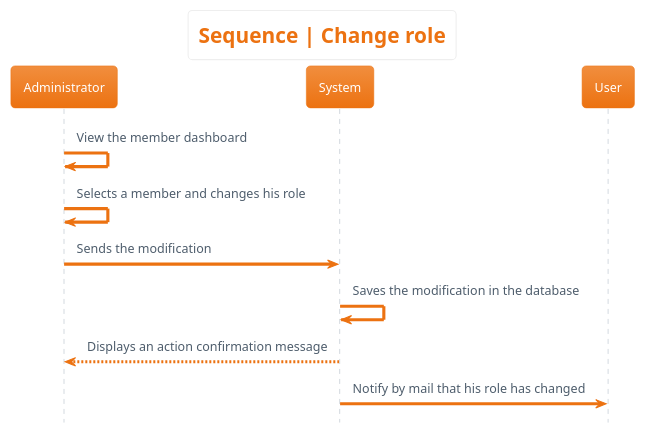
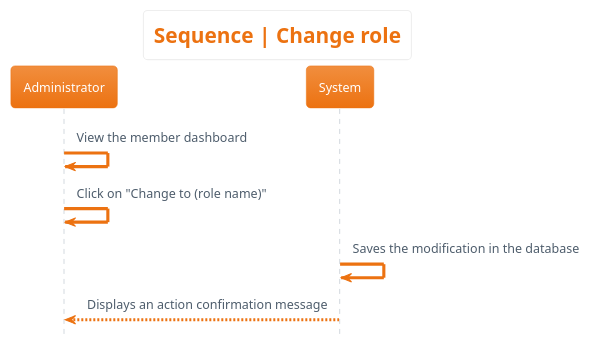
Before and after one commit to sebastien-d-me/SebBlog: the diagram in 1_project_design/uml_diagrams/sequence/members/change_role/change_role.plantuml, drawn with PlantUML. The commit also changed 59 other files, not shown here.

First line of the commit message:
📝 Update the diagrams

```diff
--- a/1_project_design/uml_diagrams/sequence/members/change_role/change_role.plantuml
+++ b/1_project_design/uml_diagrams/sequence/members/change_role/change_role.plantuml
@@ -1,17 +1,15 @@
 @startuml sequence__change_role
 hide footbox
 skinparam actorStyle awesome
 !theme aws-orange
 skinparam backgroundcolor White
 
 'Titre'
 title Sequence | Change role
 
 'Déroulement'
 Administrator -> Administrator: View the member dashboard
-Administrator -> Administrator: Selects a member and changes his role
-Administrator -> System: Sends the modification
+Administrator -> Administrator: Click on "Change to (role name)"
 System -> System : Saves the modification in the database
 System --> Administrator: Displays an action confirmation message
-System -> User : Notify by mail that his role has changed
 @enduml
```
